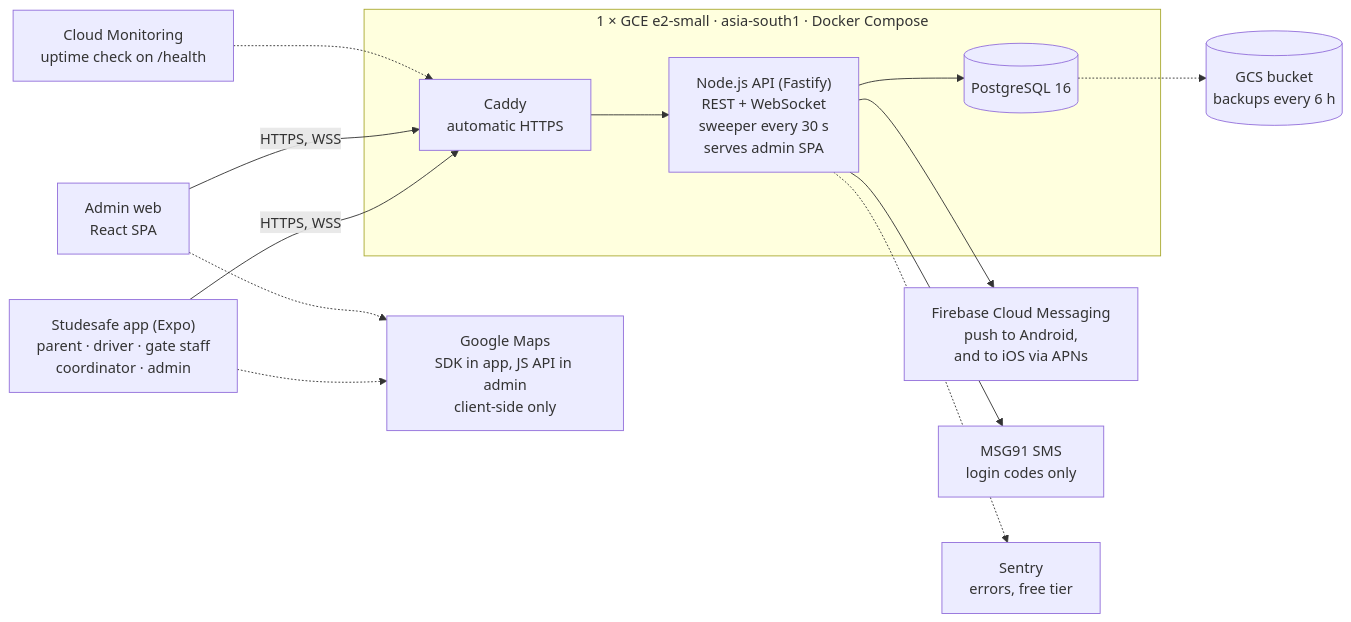
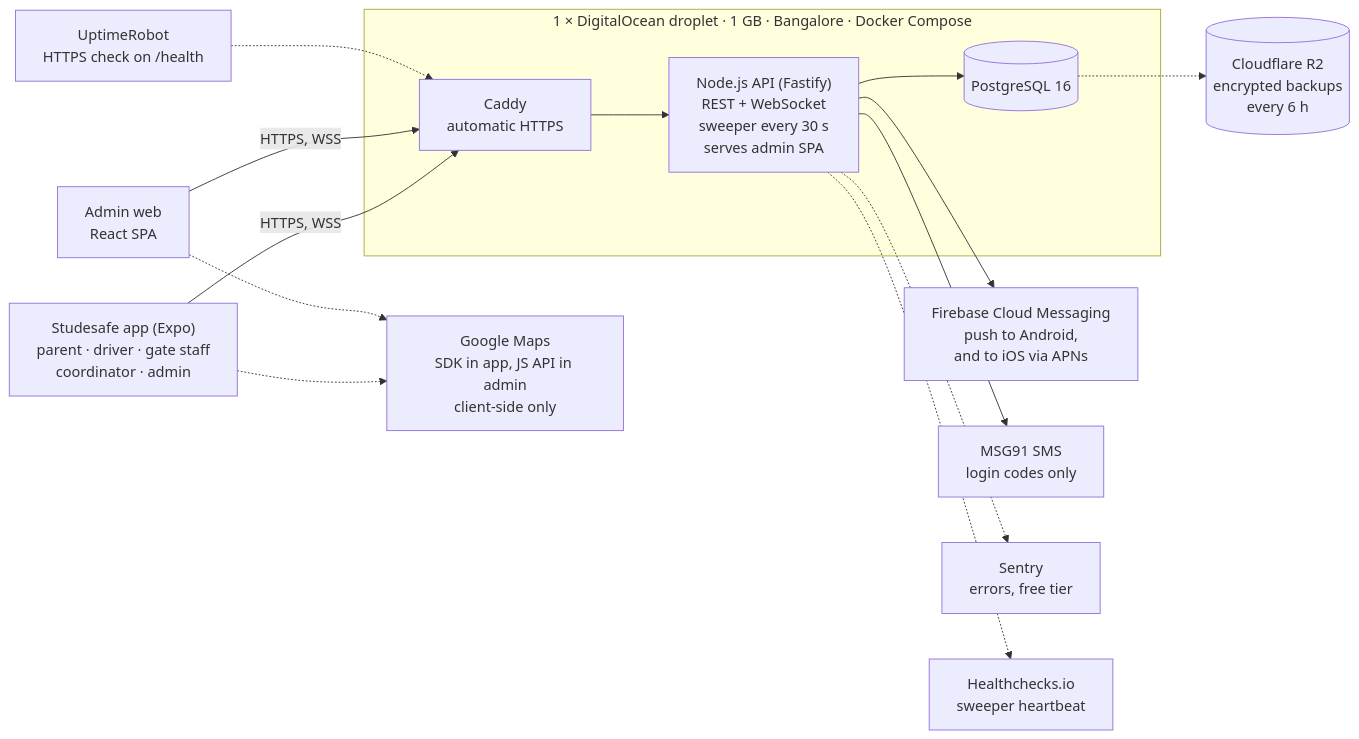
The first of 5 diagrams in architecture/PROTOTYPE_ARCHITECTURE.md (alinoorul/studesafe), drawn with Mermaid before and after one commit. The commit also changed other lines of this file and 2 other files, not shown here.

First line of the commit message:
Prototype: host on a DigitalOcean droplet instead of GCP

````diff
--- a/architecture/PROTOTYPE_ARCHITECTURE.md
+++ b/architecture/PROTOTYPE_ARCHITECTURE.md
@@ -98,24 +106,26 @@
 ```mermaid
 flowchart LR
     APP["Studesafe app (Expo)<br/>parent · driver · gate staff<br/>coordinator · admin"]
     WEB["Admin web<br/>React SPA"]
     MAPS["Google Maps<br/>SDK in app, JS API in admin<br/>client-side only"]
-    UP["Cloud Monitoring<br/>uptime check on /health"]
-    subgraph VM["1 × GCE e2-small · asia-south1 · Docker Compose"]
+    UP["UptimeRobot<br/>HTTPS check on /health"]
+    subgraph VM["1 × DigitalOcean droplet · 1 GB · Bangalore · Docker Compose"]
         CADDY["Caddy<br/>automatic HTTPS"] --> API["Node.js API (Fastify)<br/>REST + WebSocket<br/>sweeper every 30 s<br/>serves admin SPA"]
         API --> PG[("PostgreSQL 16")]
     end
     FCM["Firebase Cloud Messaging<br/>push to Android,<br/>and to iOS via APNs"]
     SMS["MSG91 SMS<br/>login codes only"]
     SENTRY["Sentry<br/>errors, free tier"]
-    GCS[("GCS bucket<br/>backups every 6 h")]
+    R2[("Cloudflare R2<br/>encrypted backups<br/>every 6 h")]
+    HC["Healthchecks.io<br/>sweeper heartbeat"]
     APP -->|HTTPS, WSS| CADDY
     WEB -->|HTTPS, WSS| CADDY
     APP -.-> MAPS
     WEB -.-> MAPS
     UP -.-> CADDY
     API --> FCM
     API --> SMS
     API -.-> SENTRY
-    PG -.-> GCS
+    API -.-> HC
+    PG -.-> R2
 ```
````
